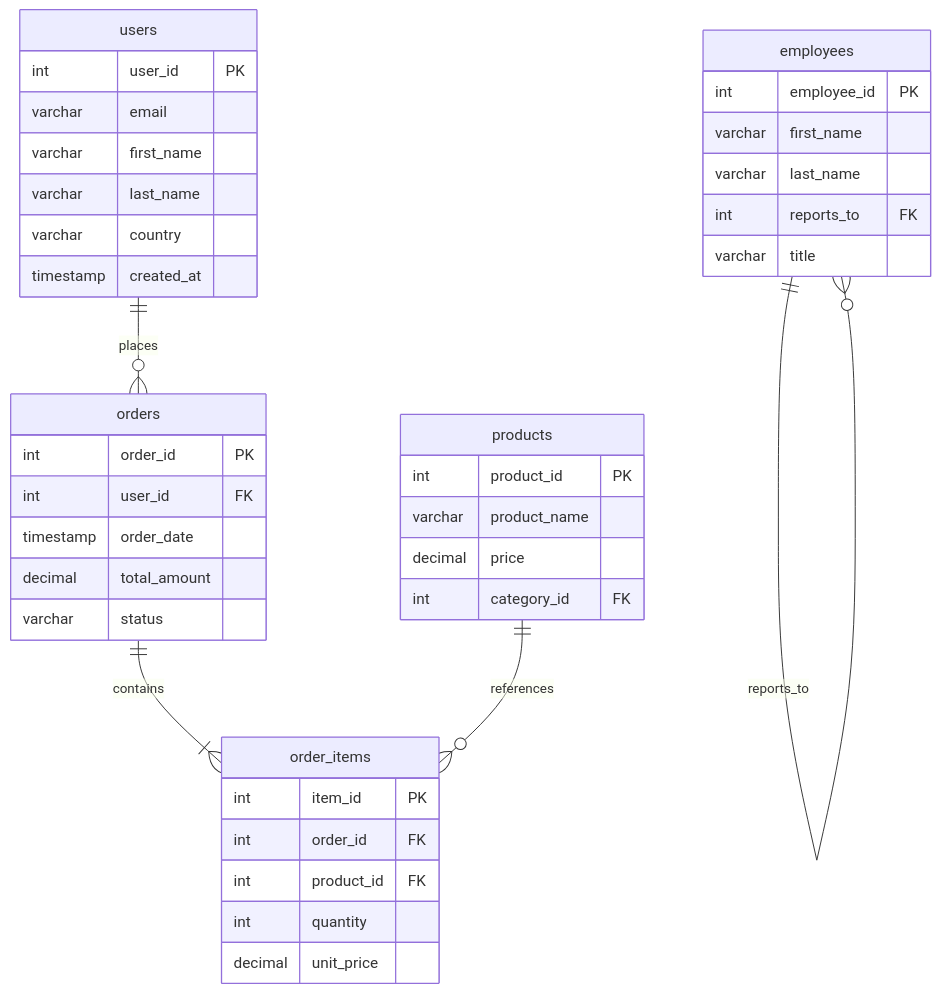
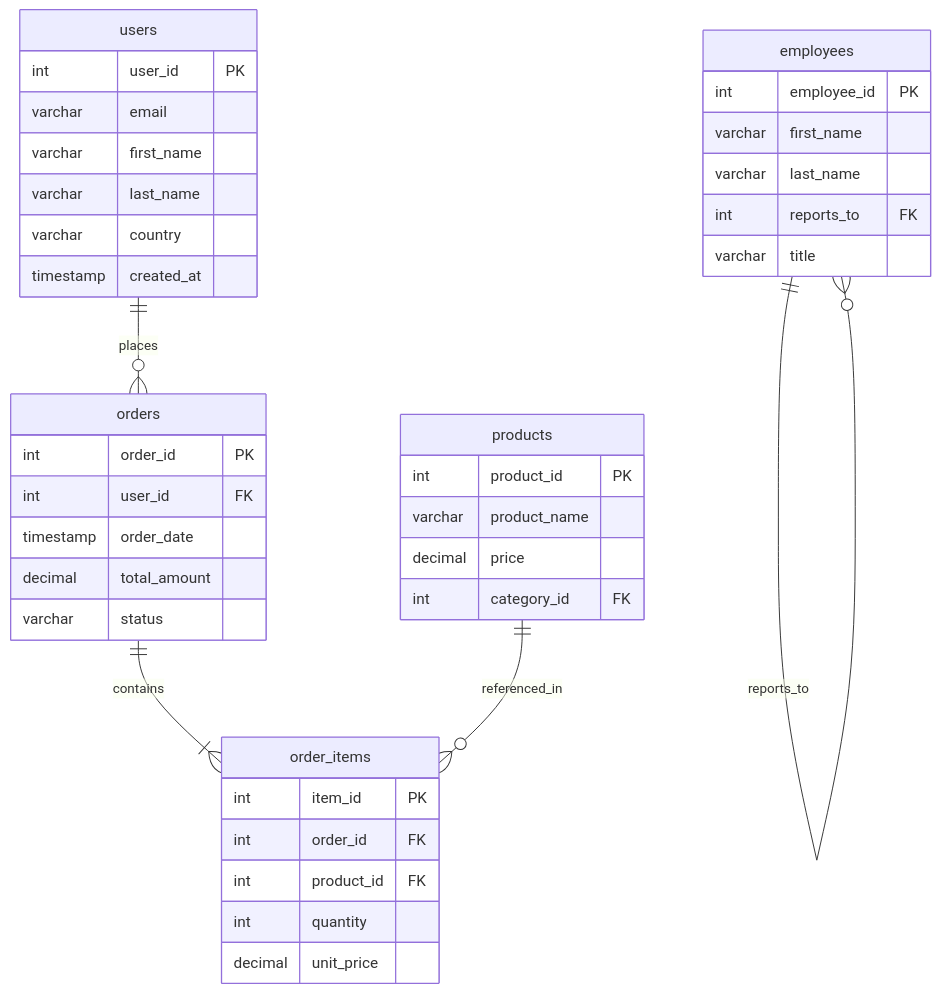
Before and after one commit to umanggoel21/sql-roadmap: the diagram in README.md, drawn with Mermaid. The commit also changed other lines of this file, not shown here.

Commit message:
Docs: Update main README with fully self-contained curriculum and ER diagram

````diff
--- a/README.md
+++ b/README.md
@@ -27,42 +47,43 @@
 ```mermaid
 erDiagram
+    users ||--o{ orders : "places"
+    orders ||--|{ order_items : "contains"
+    products ||--o{ order_items : "referenced_in"
+    employees ||--o{ employees : "reports_to"
+
     users {
         int user_id PK
         varchar email
         varchar first_name
         varchar last_name
         varchar country
         timestamp created_at
     }
     orders {
         int order_id PK
         int user_id FK
         timestamp order_date
         decimal total_amount
         varchar status
     }
     products {
         int product_id PK
         varchar product_name
         decimal price
         int category_id FK
     }
     order_items {
         int item_id PK
         int order_id FK
         int product_id FK
         int quantity
         decimal unit_price
     }
     employees {
         int employee_id PK
         varchar first_name
         varchar last_name
         int reports_to FK
         varchar title
     }
-    users ||--o{ orders : places
-    orders ||--|{ order_items : contains
-    products ||--o{ order_items : references
-    employees ||--o{ employees : reports_to
 ```
````
